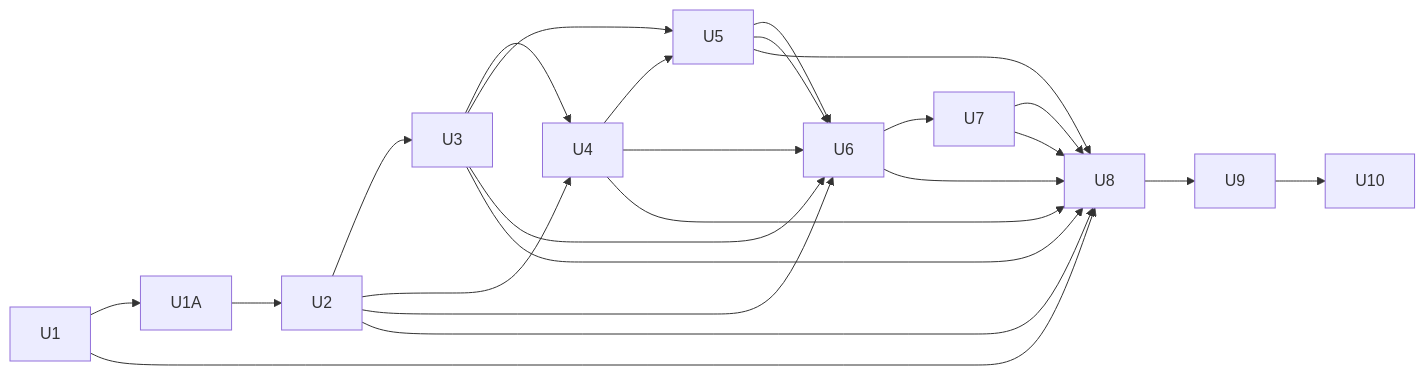
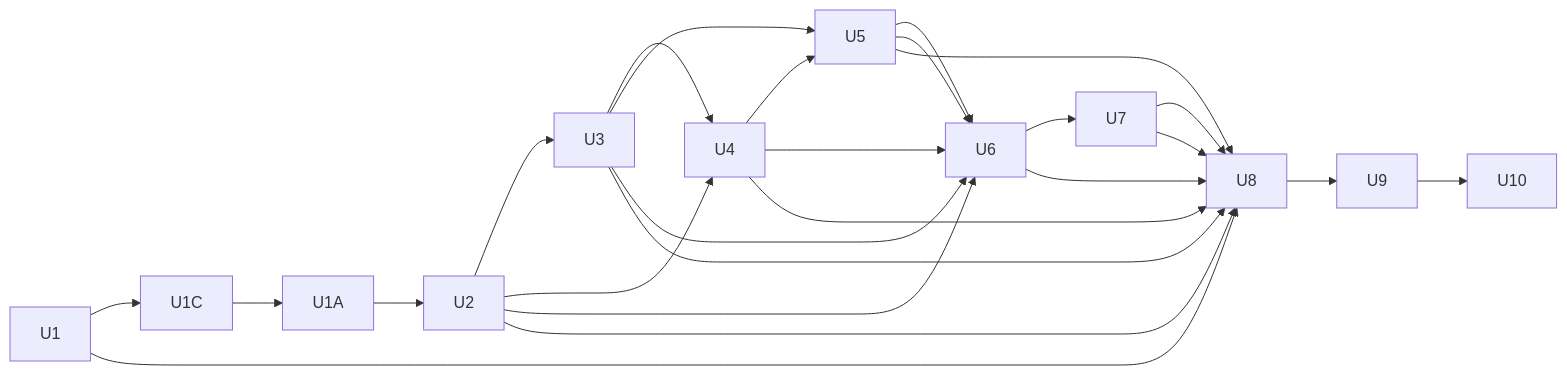
Before and after one commit to BrandonJF/mandem: the diagram in docs/plans/units/README.md, drawn with Mermaid. The commit also changed other lines of this file and 2 other files, not shown here.

Commit message:
docs: plan U1 architecture package correction

````diff
--- a/docs/plans/units/README.md
+++ b/docs/plans/units/README.md
@@ -34,17 +34,17 @@
 ```mermaid
 flowchart LR
-  U1 --> U1A --> U2 --> U3 --> U4 --> U5 --> U6 --> U7 --> U8 --> U9 --> U10
+  U1 --> U1C --> U1A --> U2 --> U3 --> U4 --> U5 --> U6 --> U7 --> U8 --> U9 --> U10
   U2 --> U4
   U3 --> U5
   U2 --> U6
   U3 --> U6
   U4 --> U6
   U5 --> U6
   U1 --> U8
   U2 --> U8
   U3 --> U8
   U4 --> U8
   U5 --> U8
   U6 --> U8
   U7 --> U8
 ```
````
